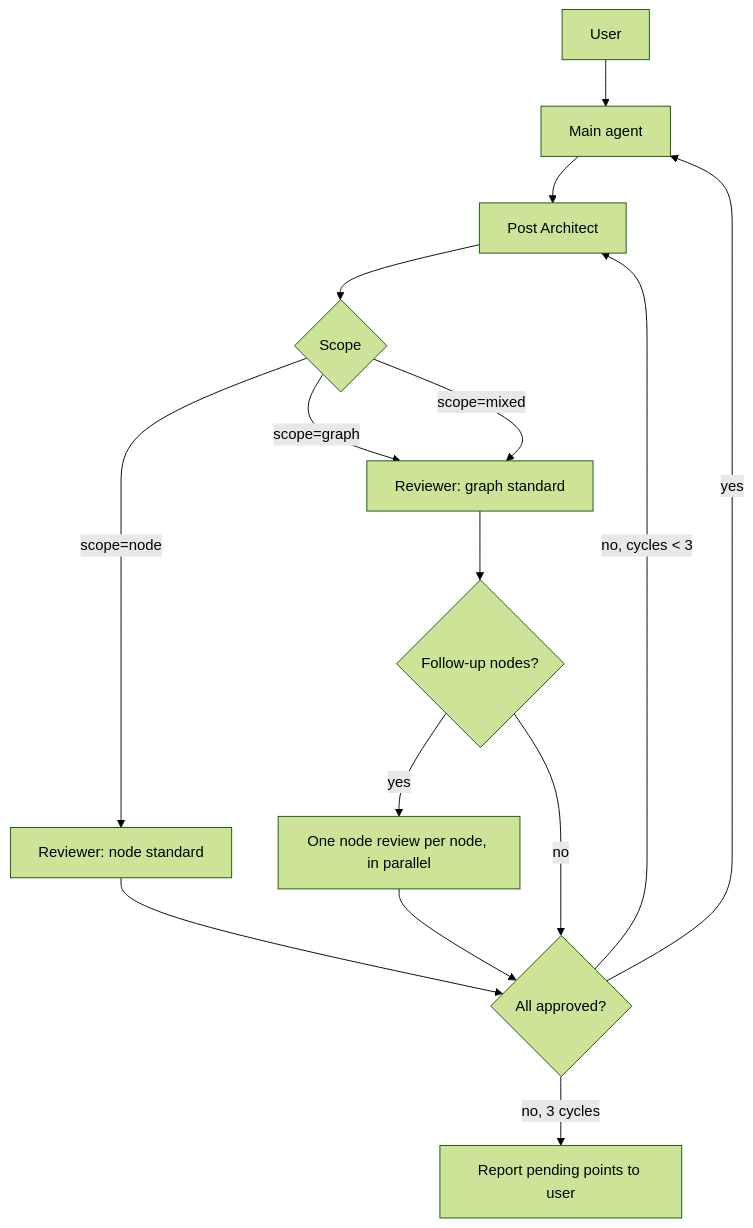
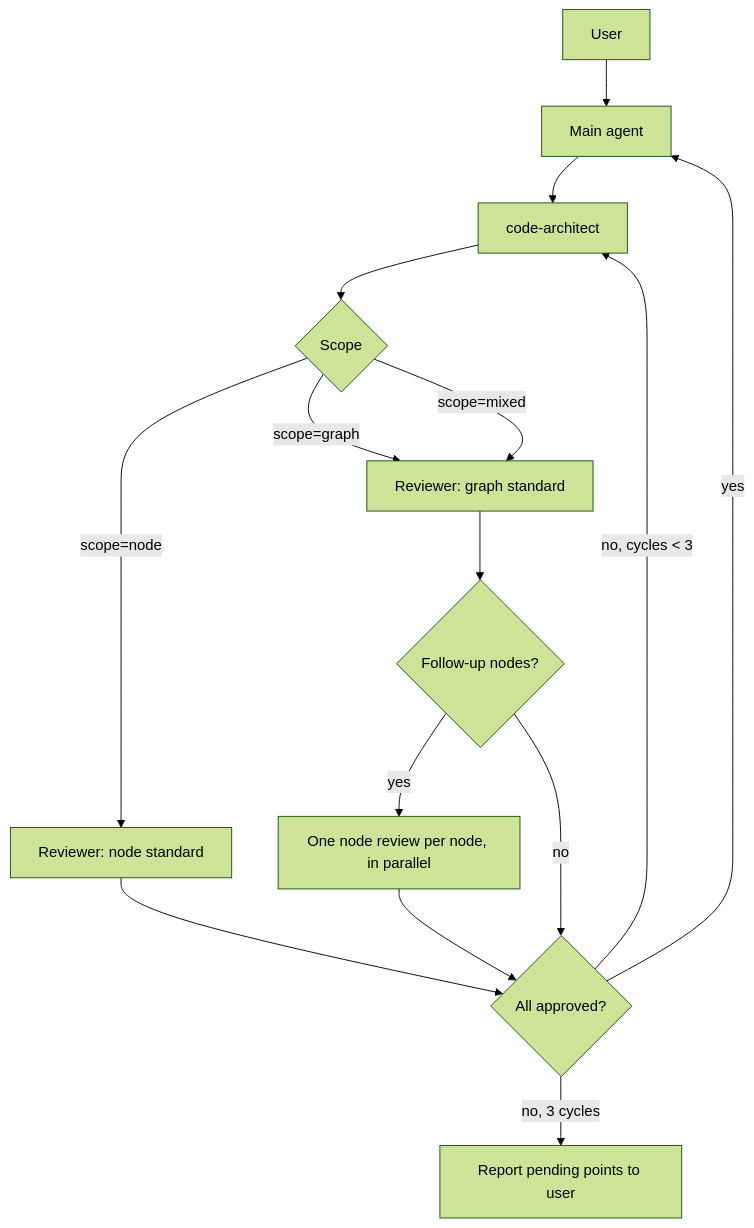
The diagram in docs/claude-code-langgraph-governance.md (Carloshp11/finances-ai), drawn with Mermaid (forest theme) before and after one commit. The commit also changed other lines of this file, not shown here.

Commit message:
docs(langgraph-standards): rename Post Architect to code-architect in governance doc

````diff
--- a/docs/claude-code-langgraph-governance.md
+++ b/docs/claude-code-langgraph-governance.md
@@ -23,17 +23,17 @@
 ```mermaid
 flowchart TD
     U["User"] --> M["Main agent"]
-    M --> PA["Post Architect"]
-    PA --> S{"Scope"}
+    M --> CA["code-architect"]
+    CA --> S{"Scope"}
     S -->|"scope=node"| RN["Reviewer: node standard"]
     S -->|"scope=graph"| RG["Reviewer: graph standard"]
     S -->|"scope=mixed"| RG
     RG --> F{"Follow-up nodes?"}
     F -->|"yes"| PAR["One node review per node, in parallel"]
     F -->|"no"| D{"All approved?"}
     RN --> D
     PAR --> D
-    D -->|"no, cycles < 3"| PA
+    D -->|"no, cycles < 3"| CA
     D -->|"no, 3 cycles"| H["Report pending points to user"]
     D -->|"yes"| M
 ```
````
